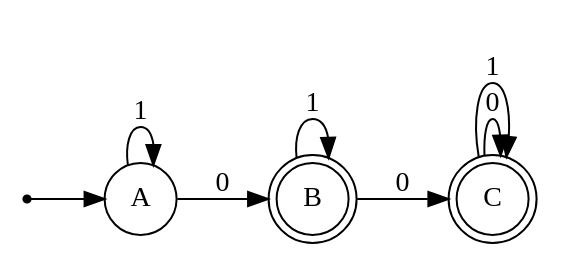
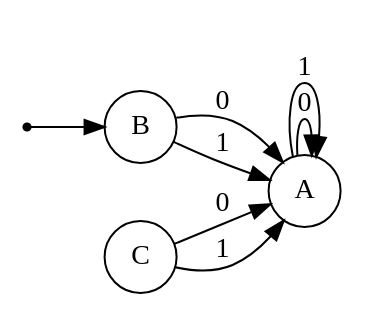
One commit to Daniels1610/DFA-to-CFG changed the diagram in webapp/webapp/static/dfa.gv. Above: the diagram before and after it, drawn with Graphviz. The commit also changed 3 other files, not shown here.

```diff
--- a/webapp/webapp/static/dfa.gv
+++ b/webapp/webapp/static/dfa.gv
@@ -1,16 +1,16 @@
 digraph {
 	rankdir=LR
 	node [shape=circle]
 	qi [shape=point]
+	B
+	qi -> B
 	A
-	qi -> A
-	A
-	B [shape=doublecircle]
-	C [shape=doublecircle]
-	A -> B [label=0]
+	B
+	C
+	A -> A [label=0]
 	A -> A [label=1]
-	B -> C [label=0]
-	B -> B [label=1]
-	C -> C [label=0]
-	C -> C [label=1]
+	B -> A [label=0]
+	B -> A [label=1]
+	C -> A [label=0]
+	C -> A [label=1]
 }
```
